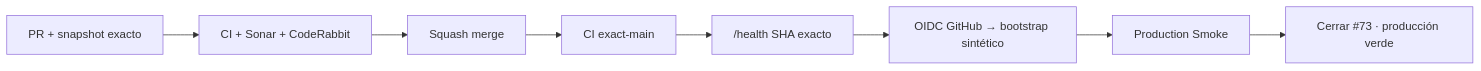
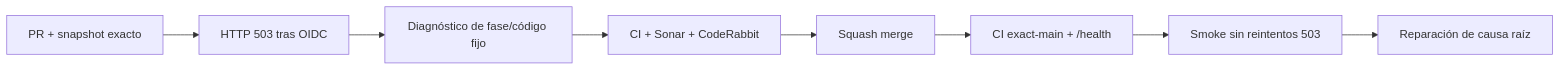
Before and after one commit to pl0n3r/GrindFlow: the diagram in README.md, drawn with Mermaid. The commit also changed other lines of this file and 6 other files, not shown here.

First line of the commit message:
fix(smoke): diagnóstico acotado del HTTP 503 de bootstrap (v0.1.124)

````diff
--- a/README.md
+++ b/README.md
@@ -48,10 +47,10 @@
 ```mermaid
 flowchart LR
- A["PR + snapshot exacto"] --> C["CI + Sonar + CodeRabbit"]
- C --> M["Squash merge"]
- M --> X["CI exact-main"]
- X --> H["/health SHA exacto"]
- H --> O["OIDC GitHub → bootstrap sintético"]
- O --> S["Production Smoke"]
- S --> G["Cerrar #73 · producción verde"]
+ A["PR + snapshot exacto"] --> B["HTTP 503 tras OIDC"]
+ B --> C["Diagnóstico de fase/código fijo"]
+ C --> D["CI + Sonar + CodeRabbit"]
+ D --> M["Squash merge"]
+ M --> X["CI exact-main + /health"]
+ X --> S["Smoke sin reintentos 503"]
+ S --> G["Reparación de causa raíz"]
 ```
````
